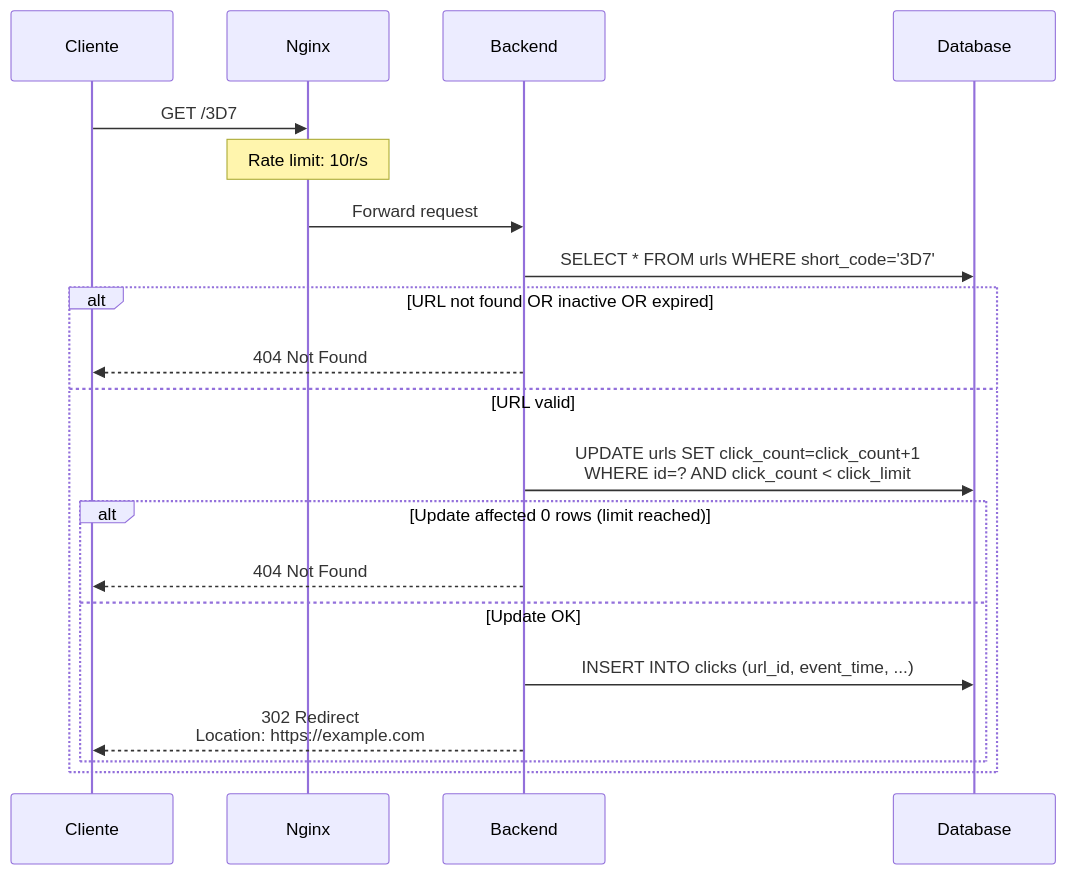
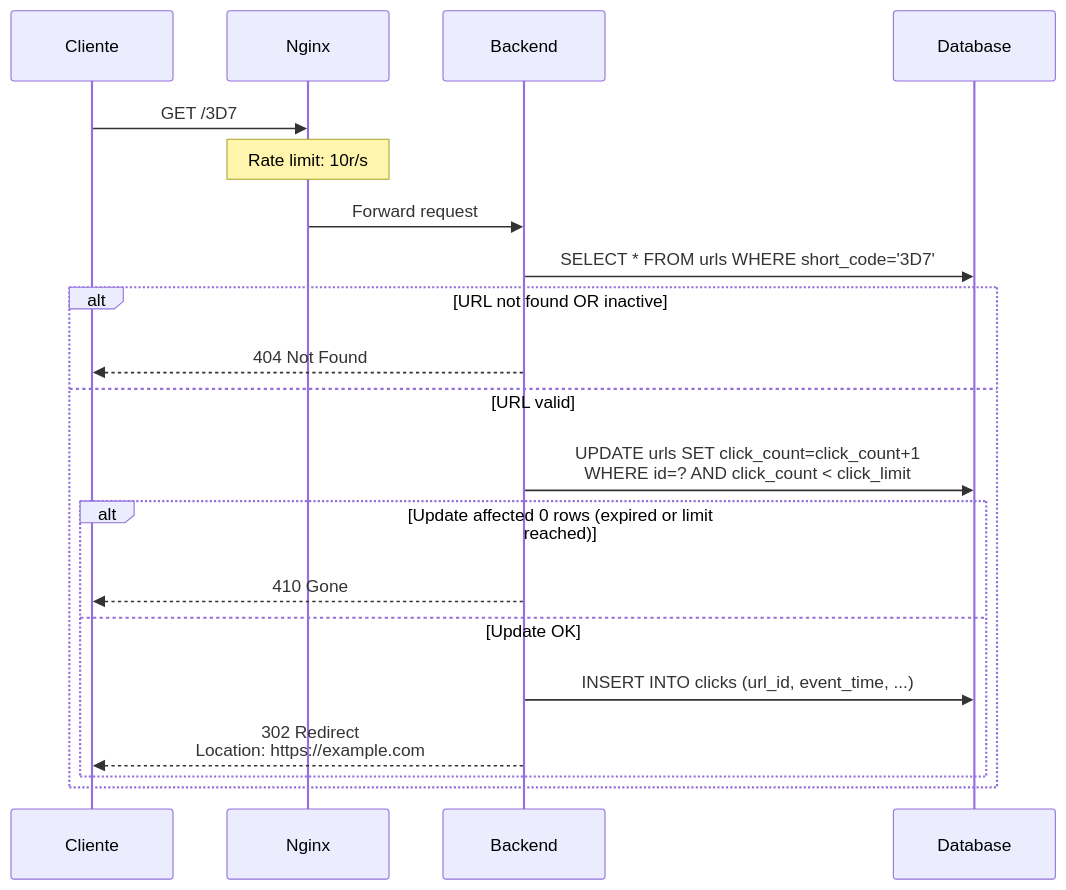
The fourth of 4 diagrams in docs/project_analysis.md (Diego-debian/DDShortener), drawn with Mermaid before and after one commit. The commit also changed other lines of this file, not shown here.

````diff
--- a/docs/project_analysis.md
+++ b/docs/project_analysis.md
@@ -527,23 +529,23 @@
 ```mermaid
 sequenceDiagram
     participant C as Cliente
     participant N as Nginx
     participant B as Backend
     participant D as Database
     
     C->>N: GET /3D7
     Note over N: Rate limit: 10r/s
     N->>B: Forward request
     B->>D: SELECT * FROM urls WHERE short_code='3D7'
-    alt URL not found OR inactive OR expired
+    alt URL not found OR inactive
         B-->>C: 404 Not Found
     else URL valid
         B->>D: UPDATE urls SET click_count=click_count+1<br/>WHERE id=? AND click_count < click_limit
-        alt Update affected 0 rows (limit reached)
-            B-->>C: 404 Not Found
+        alt Update affected 0 rows (expired or limit reached)
+            B-->>C: 410 Gone
         else Update OK
             B->>D: INSERT INTO clicks (url_id, event_time, ...)
             B-->>C: 302 Redirect<br/>Location: https://example.com
         end
     end
 ```
````
